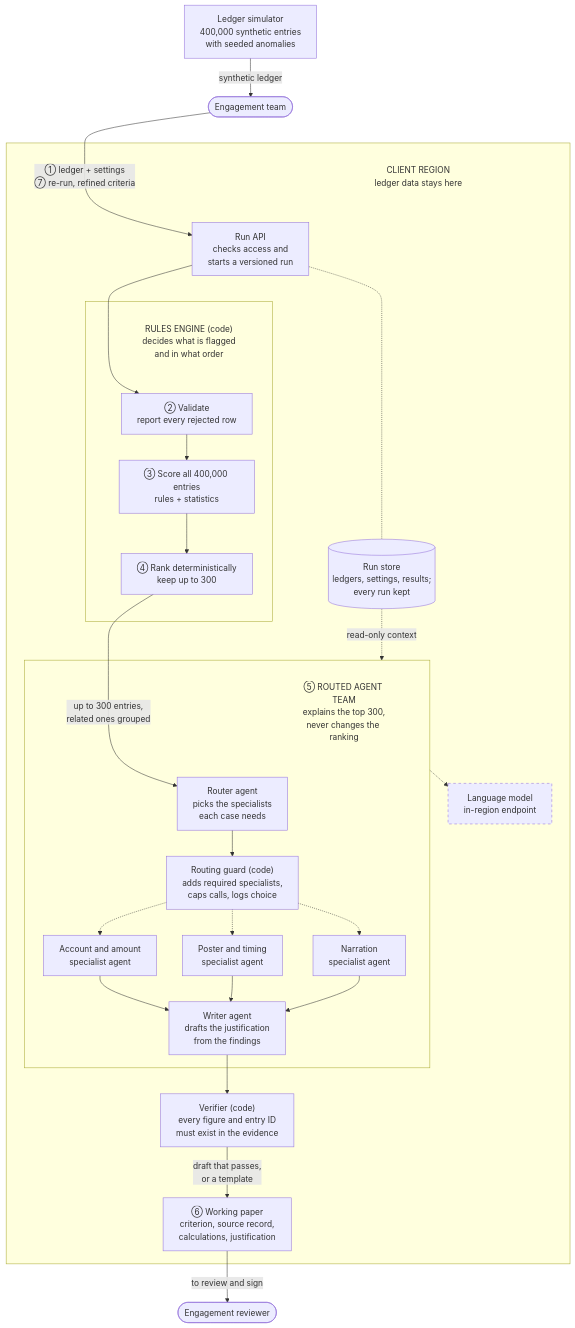
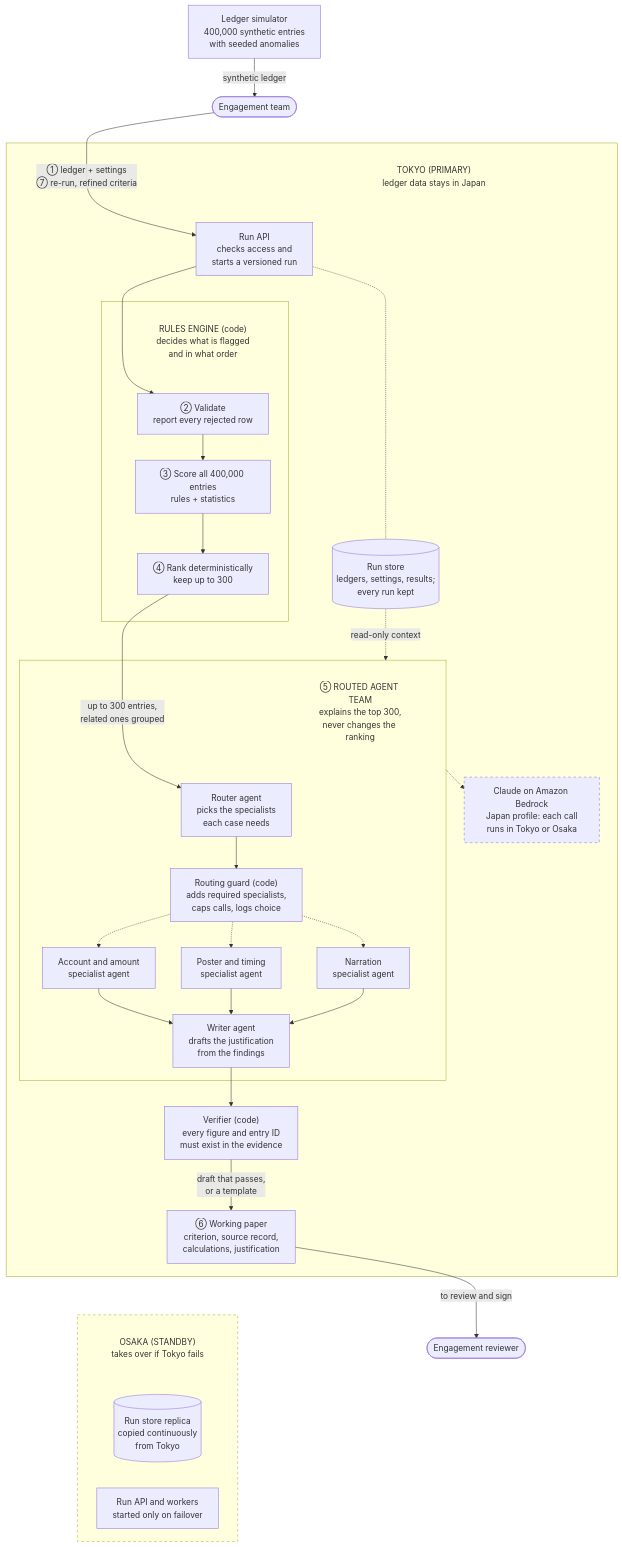
One commit to HashanEranga/tickmark changed the diagram in docs/diagrams/architecture.md. Above: the diagram before and after it, drawn with Mermaid. The commit also changed other lines of this file and 4 other files, not shown here.

First line of the commit message:
Move hosting to two AWS regions in Japan with Claude on Bedrock

````diff
--- a/docs/diagrams/architecture.md
+++ b/docs/diagrams/architecture.md
@@ -5,59 +5,67 @@
 ```mermaid
 flowchart TB
     sim["Ledger simulator<br/>400,000 synthetic entries<br/>with seeded anomalies"]
     team(["Engagement team"])
     reviewer(["Engagement reviewer"])
 
     subgraph region[" "]
-        regionTag["CLIENT REGION<br/>ledger data stays here"]
+        regionTag["TOKYO (PRIMARY)<br/>ledger data stays in Japan"]
         api["Run API<br/>checks access and<br/>starts a versioned run"]
         store[("Run store<br/>ledgers, settings, results;<br/>every run kept")]
 
         subgraph rules[" "]
             rulesTag["RULES ENGINE (code)<br/>decides what is flagged<br/>and in what order"]
             validate["② Validate<br/>report every rejected row"]
             score["③ Score all 400,000 entries<br/>rules + statistics"]
             rank["④ Rank deterministically<br/>keep up to 300"]
         end
 
         subgraph agents[" "]
             agentsTag["⑤ ROUTED AGENT TEAM<br/>explains the top 300,<br/>never changes the ranking"]
             router["Router agent<br/>picks the specialists<br/>each case needs"]
             guard["Routing guard (code)<br/>adds required specialists,<br/>caps calls, logs choice"]
             acct["Account and amount<br/>specialist agent"]
             people["Poster and timing<br/>specialist agent"]
             narr["Narration<br/>specialist agent"]
             wri["Writer agent<br/>drafts the justification<br/>from the findings"]
         end
 
         ver["Verifier (code)<br/>every figure and entry ID<br/>must exist in the evidence"]
         paper["⑥ Working paper<br/>criterion, source record,<br/>calculations, justification"]
-        model["Language model<br/>in-region endpoint"]
+        model["Claude on Amazon Bedrock<br/>Japan profile: each call<br/>runs in Tokyo or Osaka"]
+    end
+
+    subgraph standby[" "]
+        standbyTag["OSAKA (STANDBY)<br/>takes over if Tokyo fails"]
+        replica[("Run store replica<br/>copied continuously<br/>from Tokyo")]
+        spare["Run API and workers<br/>started only on failover"]
     end
 
     sim -->|"synthetic ledger"| team
     team -->|"① ledger + settings<br/>⑦ re-run, refined criteria"| api
     api --> validate --> score --> rank
     rank -->|"up to 300 entries,<br/>related ones grouped"| router --> guard
     guard -.-> acct
     guard -.-> people
     guard -.-> narr
     acct --> wri
     people --> wri
     narr --> wri
     wri --> ver
     ver -->|"draft that passes,<br/>or a template"| paper
     paper -->|"to review and sign"| reviewer
     api -.- store
     store -.->|"read-only context"| agents
     agents -.-> model
 
     team ~~~ regionTag ~~~ api
     api ~~~ rulesTag ~~~ validate
     rank ~~~ agentsTag ~~~ router
+    paper ~~~ standbyTag ~~~ replica ~~~ spare
 
     classDef tag fill:none,stroke:none
     classDef external stroke-dasharray: 5 5
-    class regionTag,rulesTag,agentsTag tag
+    class regionTag,rulesTag,agentsTag,standbyTag tag
     class model external
+    style standby stroke-dasharray: 5 5
 ```
````
